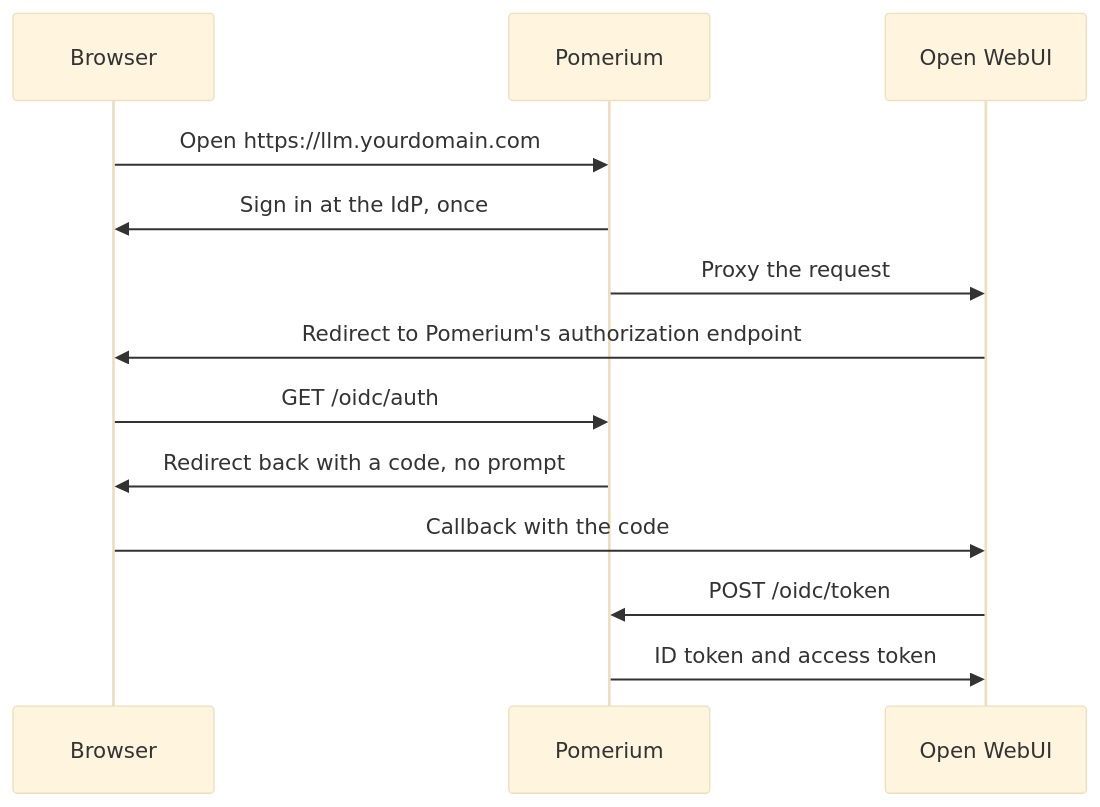
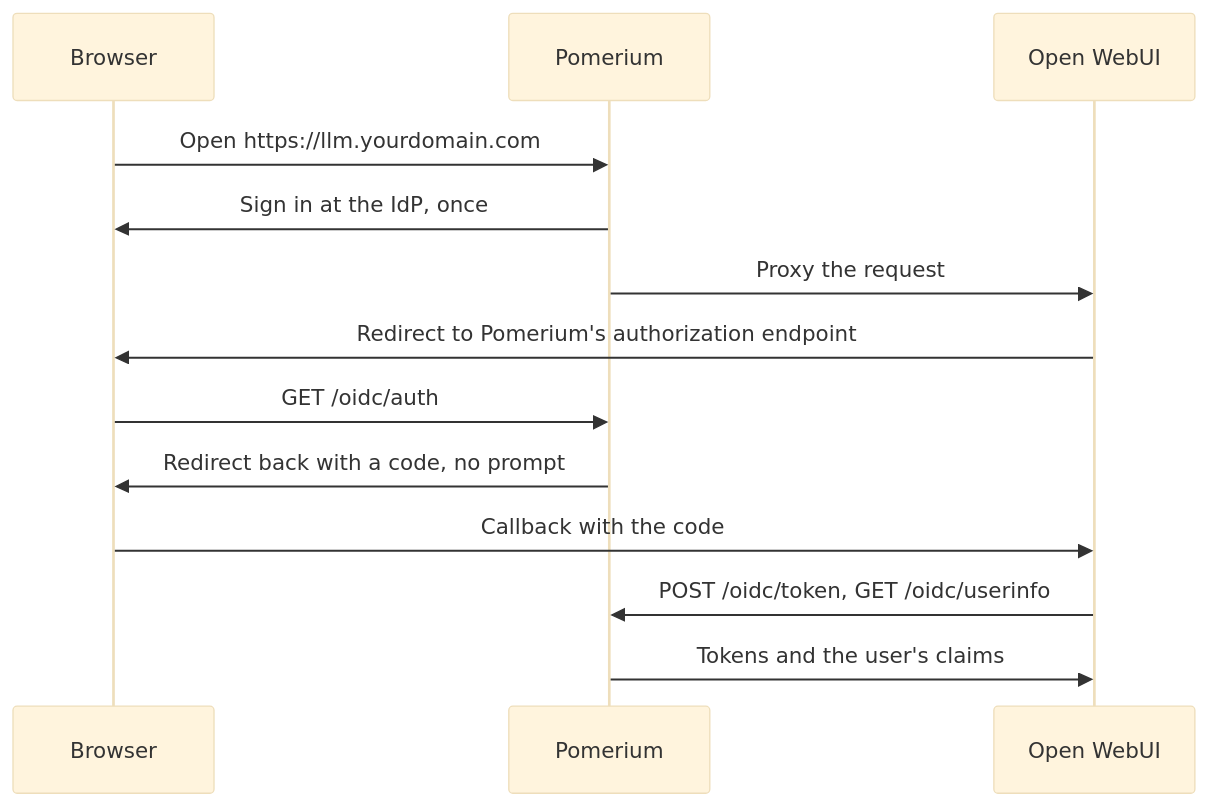
Before and after one commit to pomerium/documentation: the first of 2 diagrams in content/docs/guides/llm.mdx, drawn with Mermaid (base theme). The commit also changed other lines of this file and 18 other files, not shown here.

````diff
--- a/content/docs/guides/llm.mdx
+++ b/content/docs/guides/llm.mdx
@@ -32,15 +74,15 @@
 ```mermaid
 sequenceDiagram
   participant B as Browser
   participant P as Pomerium
   participant W as Open WebUI
   B->>P: Open https://llm.yourdomain.com
   P->>B: Sign in at the IdP, once
   P->>W: Proxy the request
   W->>B: Redirect to Pomerium's authorization endpoint
   B->>P: GET /oidc/auth
   P->>B: Redirect back with a code, no prompt
   B->>W: Callback with the code
-  W->>P: POST /oidc/token
-  P->>W: ID token and access token
+  W->>P: POST /oidc/token, GET /oidc/userinfo
+  P->>W: Tokens and the user's claims
 ```
````
